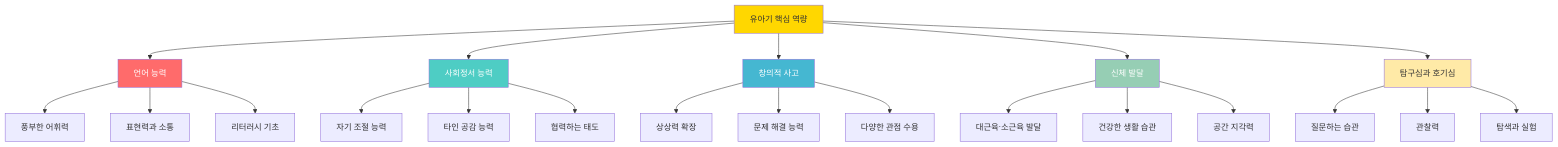
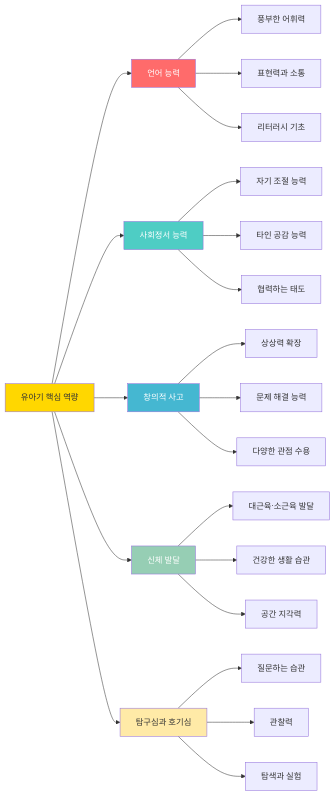
Before and after one commit to Collegenie-X/froebel: the fifth of 37 diagrams in 2단계_유아초등교육커리큘럼.md, drawn with Mermaid. The commit also changed other lines of this file and 2 other files, not shown here.

````diff
--- a/2단계_유아초등교육커리큘럼.md
+++ b/2단계_유아초등교육커리큘럼.md
@@ -188,35 +188,35 @@
 ```mermaid
-graph TD
+graph LR
     A[유아기 핵심 역량] --> B[언어 능력]
     A --> C[사회정서 능력]
     A --> D[창의적 사고]
     A --> E[신체 발달]
     A --> F[탐구심과 호기심]
     
     B --> B1[풍부한 어휘력]
     B --> B2[표현력과 소통]
     B --> B3[리터러시 기초]
     
     C --> C1[자기 조절 능력]
     C --> C2[타인 공감 능력]
     C --> C3[협력하는 태도]
     
     D --> D1[상상력 확장]
     D --> D2[문제 해결 능력]
     D --> D3[다양한 관점 수용]
     
     E --> E1[대근육·소근육 발달]
     E --> E2[건강한 생활 습관]
     E --> E3[공간 지각력]
     
     F --> F1[질문하는 습관]
     F --> F2[관찰력]
     F --> F3[탐색과 실험]
     
     style A fill:#FFD700,color:#333
     style B fill:#FF6B6B,color:#fff
     style C fill:#4ECDC4,color:#fff
     style D fill:#45B7D1,color:#fff
     style E fill:#96CEB4,color:#fff
     style F fill:#FFEAA7,color:#333
 ```
````
